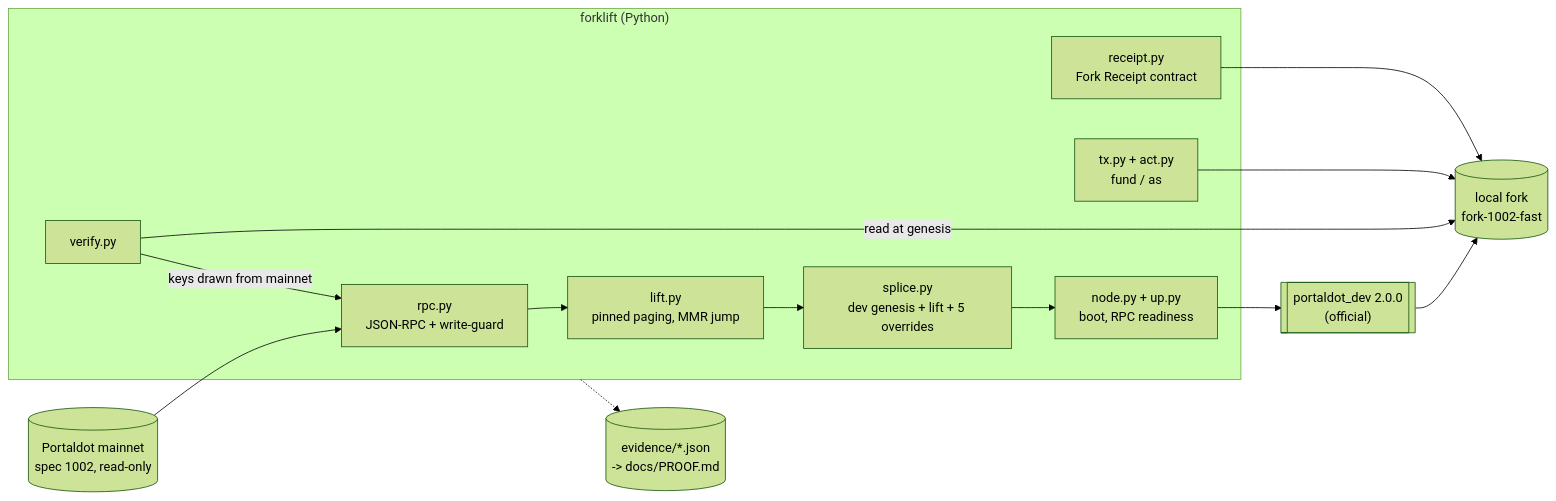
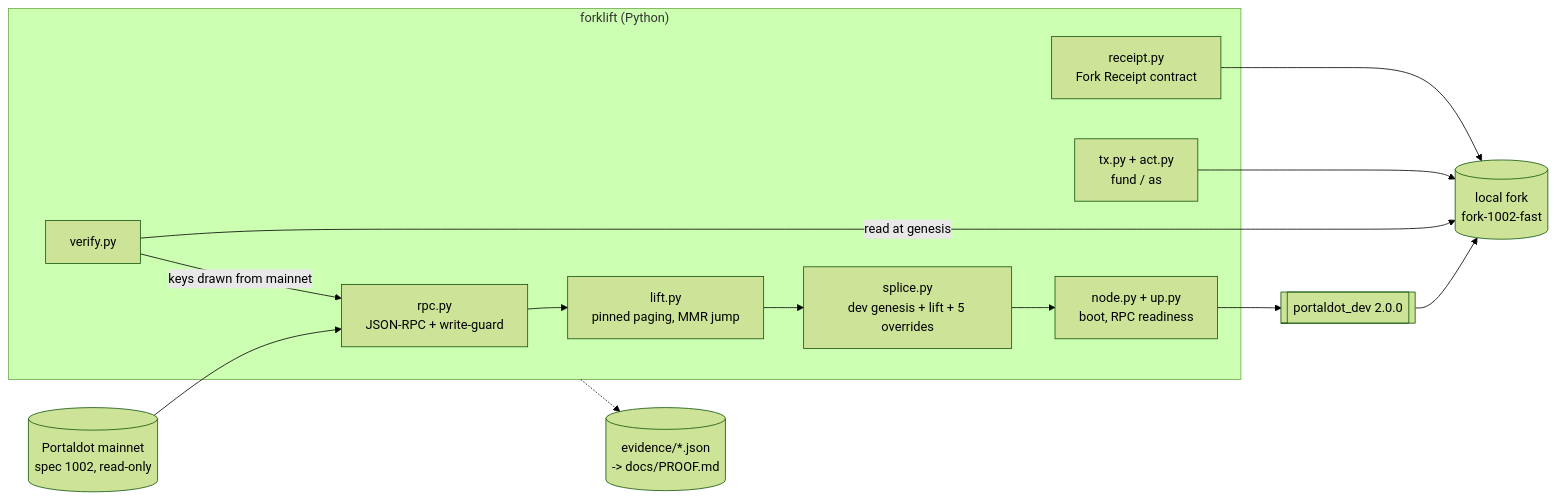
One commit to edycutjong/portaldot-hackathon-2026-forklift-edycu changed the diagram in README.md. Above: the diagram before and after it, drawn with Mermaid (forest theme). The commit also changed other lines of this file and 11 other files, not shown here.

Commit message:
QA round 1: describe the fork as mainnet state on the dev runtime, name the node release without 'official', first-new-block timing label, per-command --json/--evidence, DX report evidence

````diff
--- a/README.md
+++ b/README.md
@@ -91,22 +91,22 @@
 ```mermaid
 flowchart LR
     M[("Portaldot mainnet\nspec 1002, read-only")]
     subgraph tool["forklift (Python)"]
       RPC["rpc.py\nJSON-RPC + write-guard"]
       LIFT["lift.py\npinned paging, MMR jump"]
       SPL["splice.py\ndev genesis + lift + 5 overrides"]
       NODE["node.py + up.py\nboot, RPC readiness"]
       VER["verify.py"]
       ACT["tx.py + act.py\nfund / as"]
       REC["receipt.py\nFork Receipt contract"]
     end
-    BIN[["portaldot_dev 2.0.0\n(official)"]]
+    BIN[["portaldot_dev 2.0.0"]]
     F[("local fork\nfork-1002-fast")]
     EV[("evidence/*.json\n-> docs/PROOF.md")]
     M --> RPC --> LIFT --> SPL --> NODE --> BIN --> F
     VER -- "keys drawn from mainnet" --> RPC
     VER -- "read at genesis" --> F
     ACT --> F
     REC --> F
     tool -.-> EV
 ```
````
